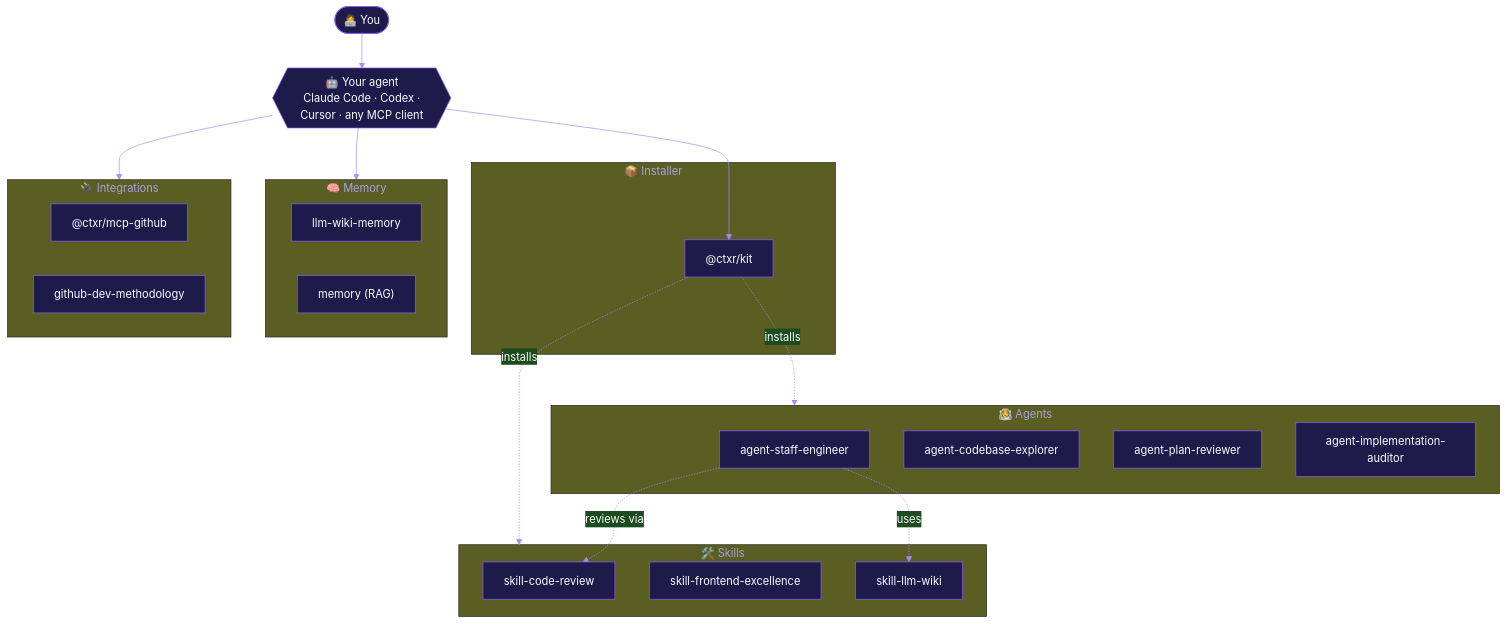
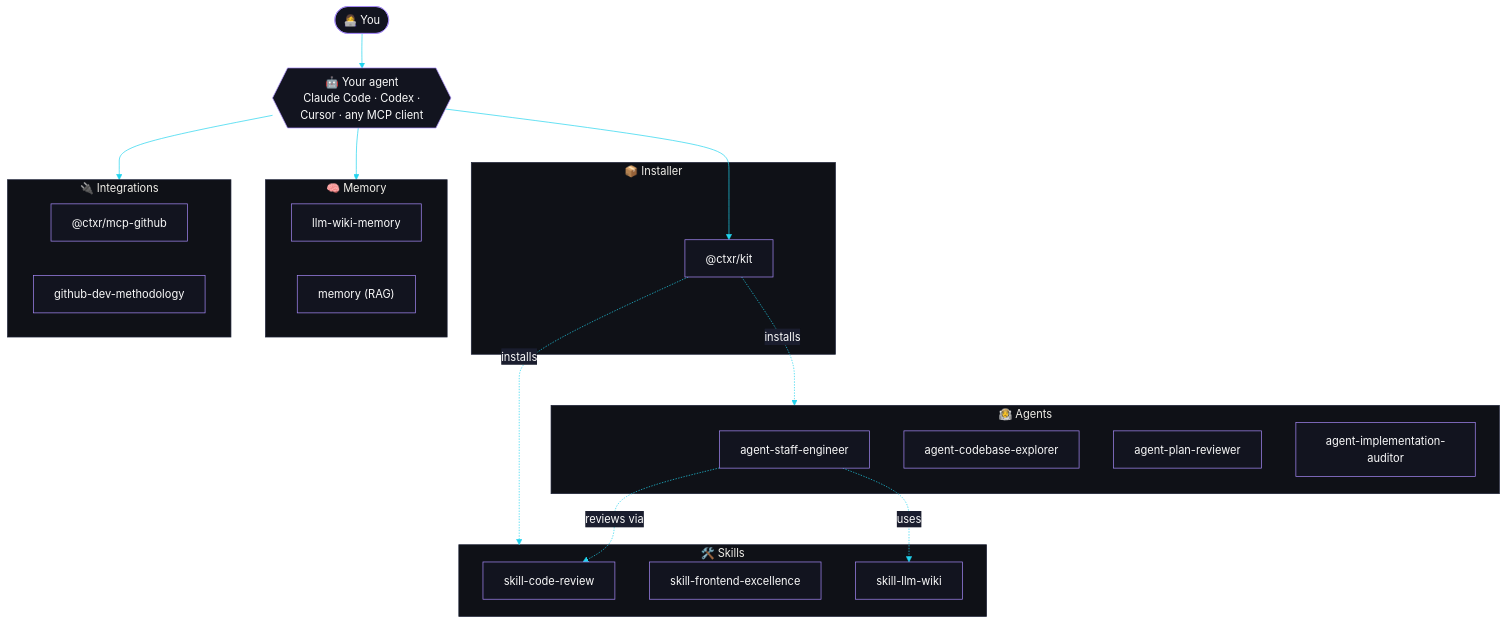
Before and after one commit to ctxr-dev/.github: the diagram in profile/README.md, drawn with Mermaid. The commit also changed other lines of this file and 2 other files, not shown here.

````diff
--- a/profile/README.md
+++ b/profile/README.md
@@ -120,42 +114,42 @@
 ```mermaid
-%%{init: {'theme':'base','themeVariables':{'primaryColor':'#1e1b4b','primaryTextColor':'#fafafa','primaryBorderColor':'#8B5CF6','lineColor':'#a78bfa','fontFamily':'JetBrains Mono'}}}%%
+%%{init: {'theme':'base','themeVariables':{'background':'#0A0B14','primaryColor':'#12141F','primaryTextColor':'#FAFAFA','primaryBorderColor':'#A78BFA','secondaryColor':'#1a1d2e','tertiaryColor':'#0F1117','lineColor':'#22D3EE','clusterBkg':'#0F1117','clusterBorder':'#1d2237','fontFamily':'ui-monospace, JetBrains Mono, monospace'}}}%%
 flowchart TB
     user(["👩‍💻 You"])
     agent{{"🤖 Your agent\n Claude Code · Codex · Cursor · any MCP client"}}
 
     subgraph installer ["📦 Installer"]
       kit["@ctxr/kit"]
     end
 
     subgraph skills ["🛠️ Skills"]
       sCR["skill-code-review"]
       sFE["skill-frontend-excellence"]
       sLW["skill-llm-wiki"]
     end
 
     subgraph agents ["🧑‍🚀 Agents"]
       aSE["agent-staff-engineer"]
       aCE["agent-codebase-explorer"]
       aPR["agent-plan-reviewer"]
       aIA["agent-implementation-auditor"]
     end
 
     subgraph memory ["🧠 Memory"]
       mW["llm-wiki-memory"]
       mR["memory (RAG)"]
     end
 
     subgraph integ ["🔌 Integrations"]
       mcp["@ctxr/mcp-github"]
       meth["github-dev-methodology"]
     end
 
     user --> agent
     agent --> kit
     kit -.installs.-> skills
     kit -.installs.-> agents
     agent --> memory
     agent --> integ
     aSE -.uses.-> sLW
     aSE -.reviews via.-> sCR
 ```
````
